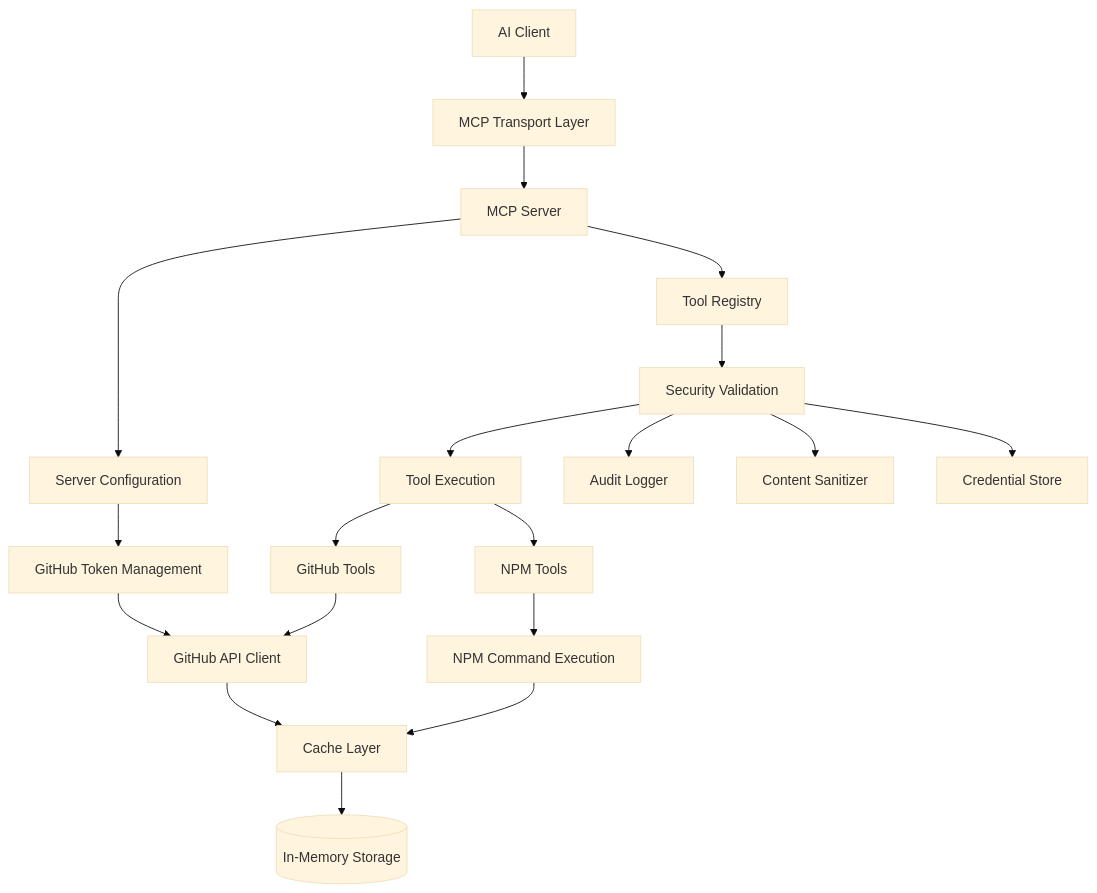
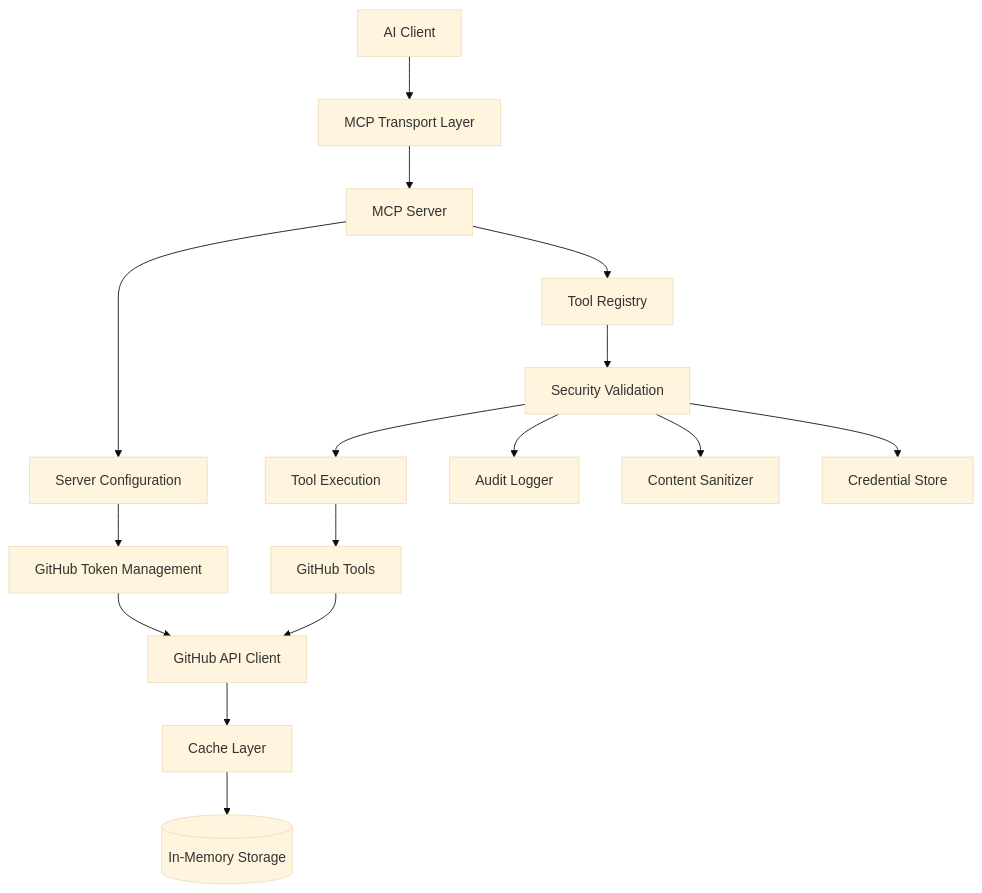
One commit to bgauryy/octocode-mcp changed the first of 3 diagrams in packages/octocode-mcp/docs/summary.md. Above: the diagram before and after it, drawn with Mermaid (base theme). The commit also changed other lines of this file and 74 other files, not shown here.

````diff
--- a/packages/octocode-mcp/docs/summary.md
+++ b/packages/octocode-mcp/docs/summary.md
@@ -36,28 +35,25 @@
 ```mermaid
 graph TB
     Client[AI Client] --> Transport[MCP Transport Layer]
     Transport --> Server[MCP Server]
     Server --> Config[Server Configuration]
     Server --> Tools[Tool Registry]
     
     Tools --> Security[Security Validation]
     Security --> Toolset[Tool Execution]
     
     Toolset --> GitHub_Tools[GitHub Tools]
-    Toolset --> NPM_Tools[NPM Tools]
     
     GitHub_Tools --> GitHub_Client[GitHub API Client]
-    NPM_Tools --> NPM_Exec[NPM Command Execution]
     
     GitHub_Client --> Cache[Cache Layer]
-    NPM_Exec --> Cache
     
     Cache --> Memory[(In-Memory Storage)]
     
     Security --> Audit[Audit Logger]
     Security --> Content[Content Sanitizer]
     Security --> Credentials[Credential Store]
     
     Config --> Token[GitHub Token Management]
     Token --> GitHub_Client
 ```
````
